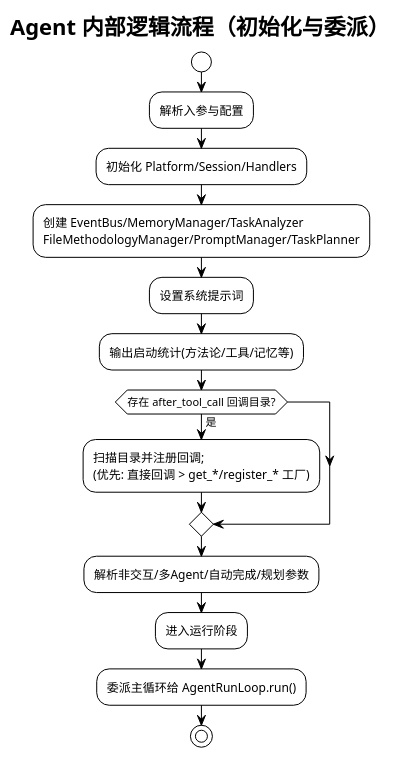
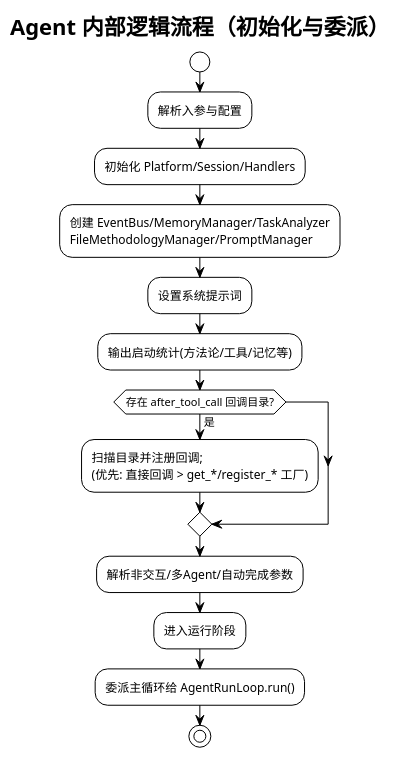
The second of 21 diagrams in docs/架构设计/Agent系统架构设计.md (skyfireitdiy/Jarvis), drawn with PlantUML before and after one commit. The commit also changed other lines of this file and 18 other files, not shown here.

First line of the commit message:
refactor(core): 移除任务规划器（TaskPlanner）相关功能

````diff
--- a/docs/架构设计/Agent系统架构设计.md
+++ b/docs/架构设计/Agent系统架构设计.md
@@ -178,20 +171,20 @@
 ```plantuml
 @startuml
 !theme plain
 title Agent 内部逻辑流程（初始化与委派）
 
 start
 :解析入参与配置;
 :初始化 Platform/Session/Handlers;
-:创建 EventBus/MemoryManager/TaskAnalyzer\nFileMethodologyManager/PromptManager/TaskPlanner;
+:创建 EventBus/MemoryManager/TaskAnalyzer\nFileMethodologyManager/PromptManager;
 :设置系统提示词;
 :输出启动统计(方法论/工具/记忆等);
 if (存在 after_tool_call 回调目录?) then (是)
   :扫描目录并注册回调;\n(优先: 直接回调 > get_*/register_* 工厂);
 endif
-:解析非交互/多Agent/自动完成/规划参数;
+:解析非交互/多Agent/自动完成参数;
 :进入运行阶段;
 :委派主循环给 AgentRunLoop.run();
 stop
 @enduml
 ```
````
